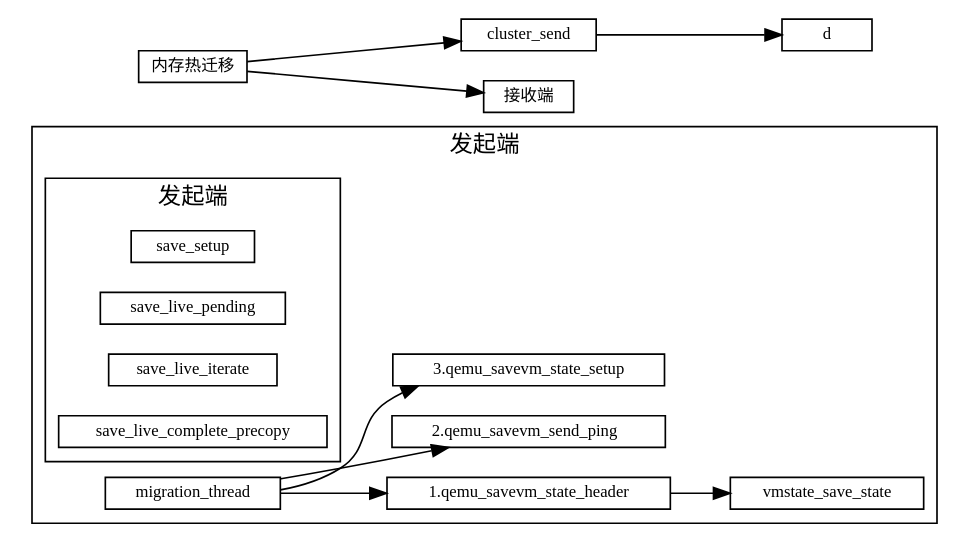
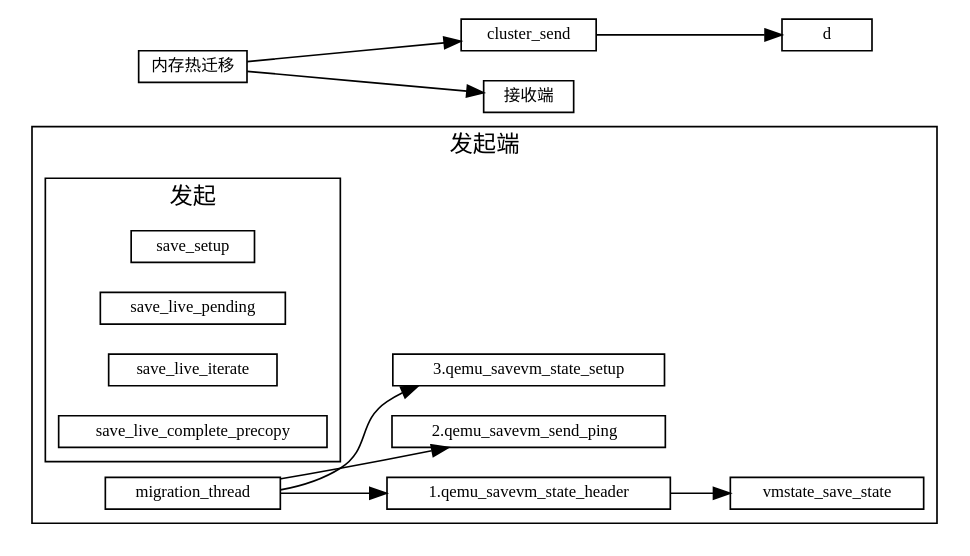
One commit to sisyphus1212/note changed the diagram in 虚拟化/热迁移/1-内存热迁移.md. Above: the diagram before and after it, drawn with Graphviz.

Commit message:
auto_update

````diff
--- a/虚拟化/热迁移/1-内存热迁移.md
+++ b/虚拟化/热迁移/1-内存热迁移.md
@@ -11,32 +11,32 @@
 ```graphviz
 digraph 热迁移 {
 fontname="Helvetica,Arial,sans-serif"
 //node [fontname="Helvetica,Arial,sans-serif"]
 //edge [fontname="Helvetica,Arial,sans-serif"]
 rankdir="LR"
 node [fontsize=10, shape=box, height=0.25]
 edge [fontsize=10]
 
   subgraph send {
     cluster=true;
     label="发起端";
     migration_thread -> "1.qemu_savevm_state_header" -> vmstate_save_state;
     migration_thread -> "2.qemu_savevm_send_ping  ";
     migration_thread -> "3.qemu_savevm_state_setup";
     subgraph ram_opts {
       cluster=true;
-      label="发起端";
+      label="发起";
       save_setup
       save_live_pending
       save_live_iterate
       save_live_complete_precopy
     }
   }
 
 内存热迁移 [label="内存热迁移"]
 内存热迁移 -> cluster_send
            -> d
 
 内存热迁移 -> 接收端
 }
 ```
````
